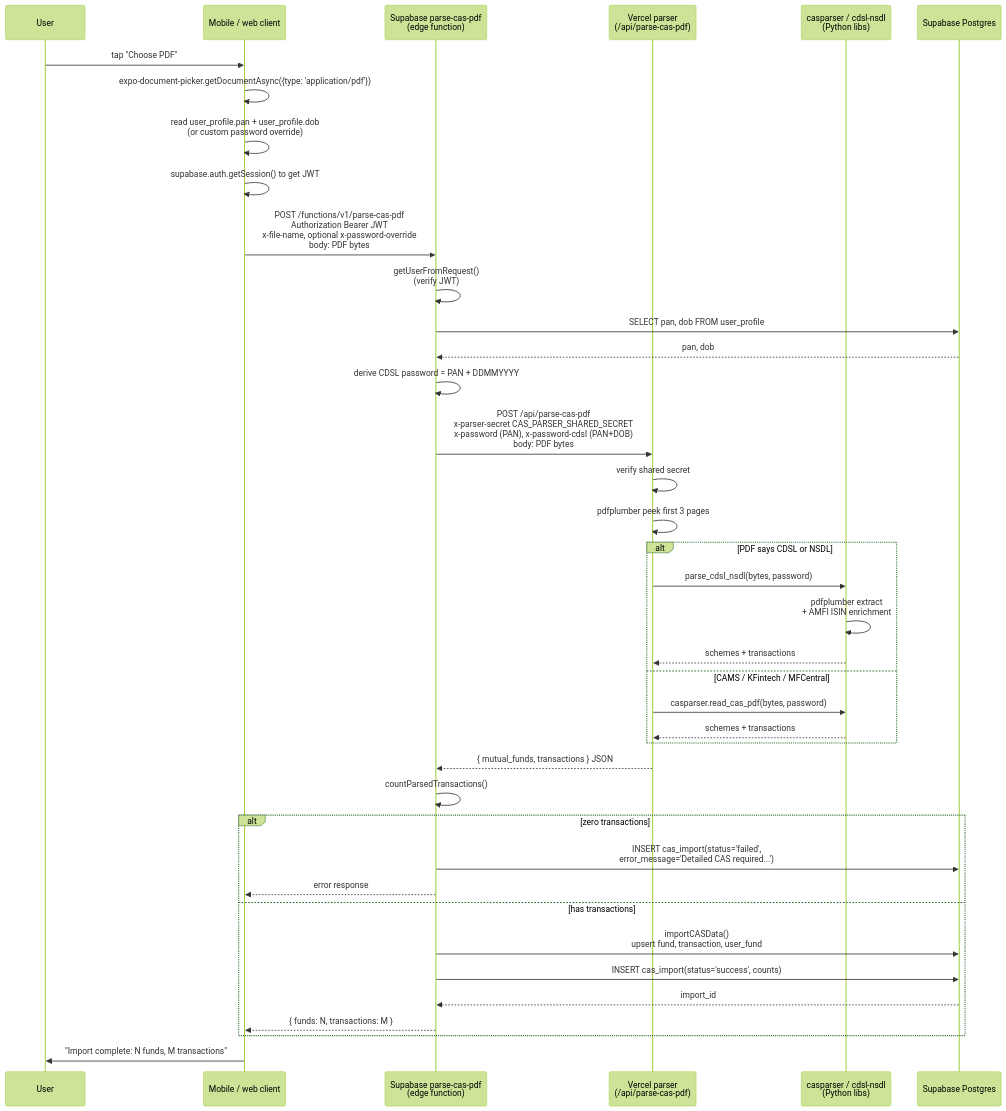
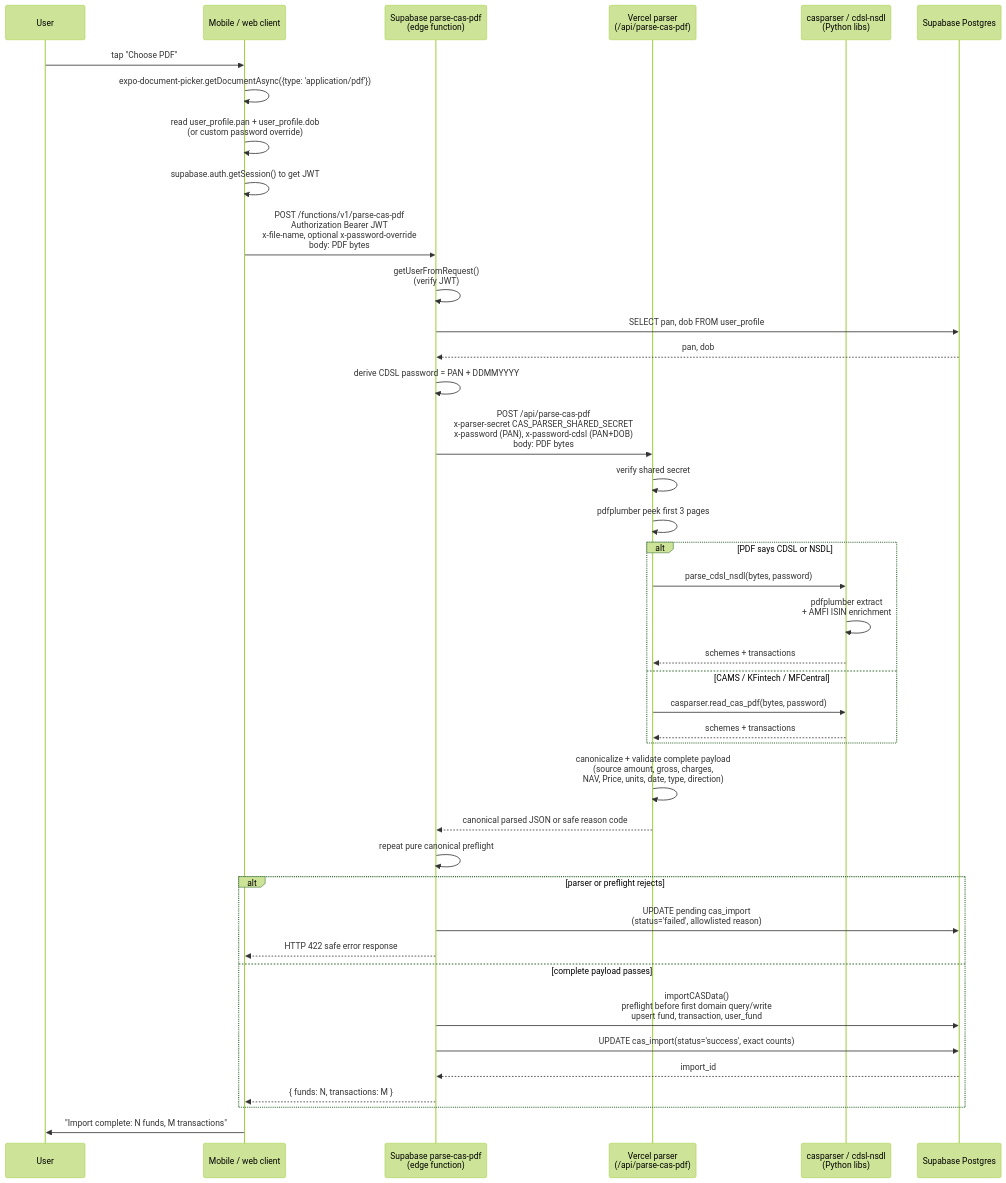
The second of 2 diagrams in docs/architecture/cas-upload-flow.md (himanshu4141/FolioLens), drawn with Mermaid (forest theme) before and after one commit. The commit also changed other lines of this file and 17 other files, not shown here.

````diff
--- a/docs/architecture/cas-upload-flow.md
+++ b/docs/architecture/cas-upload-flow.md
@@ -42,46 +42,47 @@
 ```mermaid
 sequenceDiagram
   participant U as User
   participant App as Mobile / web client
   participant SB as Supabase parse-cas-pdf<br/>(edge function)
   participant V as Vercel parser<br/>(/api/parse-cas-pdf)
   participant Lib as casparser / cdsl-nsdl<br/>(Python libs)
   participant DB as Supabase Postgres
 
   U->>App: tap "Choose PDF"
   App->>App: expo-document-picker.getDocumentAsync({type: 'application/pdf'})
   App->>App: read user_profile.pan + user_profile.dob<br/>(or custom password override)
   App->>App: supabase.auth.getSession() to get JWT
   App->>SB: POST /functions/v1/parse-cas-pdf<br/>Authorization Bearer JWT<br/>x-file-name, optional x-password-override<br/>body: PDF bytes
 
   SB->>SB: getUserFromRequest()<br/>(verify JWT)
   SB->>DB: SELECT pan, dob FROM user_profile
   DB-->>SB: pan, dob
   SB->>SB: derive CDSL password = PAN + DDMMYYYY
   SB->>V: POST /api/parse-cas-pdf<br/>x-parser-secret CAS_PARSER_SHARED_SECRET<br/>x-password (PAN), x-password-cdsl (PAN+DOB)<br/>body: PDF bytes
 
   V->>V: verify shared secret
   V->>V: pdfplumber peek first 3 pages
   alt PDF says CDSL or NSDL
     V->>Lib: parse_cdsl_nsdl(bytes, password)
     Lib->>Lib: pdfplumber extract<br/>+ AMFI ISIN enrichment
     Lib-->>V: schemes + transactions
   else CAMS / KFintech / MFCentral
     V->>Lib: casparser.read_cas_pdf(bytes, password)
     Lib-->>V: schemes + transactions
   end
-  V-->>SB: { mutual_funds, transactions } JSON
+  V->>V: canonicalize + validate complete payload<br/>(source amount, gross, charges,<br/>NAV, Price, units, date, type, direction)
+  V-->>SB: canonical parsed JSON or safe reason code
 
-  SB->>SB: countParsedTransactions()
-  alt zero transactions
-    SB->>DB: INSERT cas_import(status='failed',<br/>error_message='Detailed CAS required...')
-    SB-->>App: error response
-  else has transactions
-    SB->>DB: importCASData()<br/>upsert fund, transaction, user_fund
-    SB->>DB: INSERT cas_import(status='success', counts)
+  SB->>SB: repeat pure canonical preflight
+  alt parser or preflight rejects
+    SB->>DB: UPDATE pending cas_import<br/>(status='failed', allowlisted reason)
+    SB-->>App: HTTP 422 safe error response
+  else complete payload passes
+    SB->>DB: importCASData()<br/>preflight before first domain query/write<br/>upsert fund, transaction, user_fund
+    SB->>DB: UPDATE cas_import(status='success', exact counts)
     DB-->>SB: import_id
     SB-->>App: { funds: N, transactions: M }
   end
 
   App->>U: "Import complete: N funds, M transactions"
 ```
````
